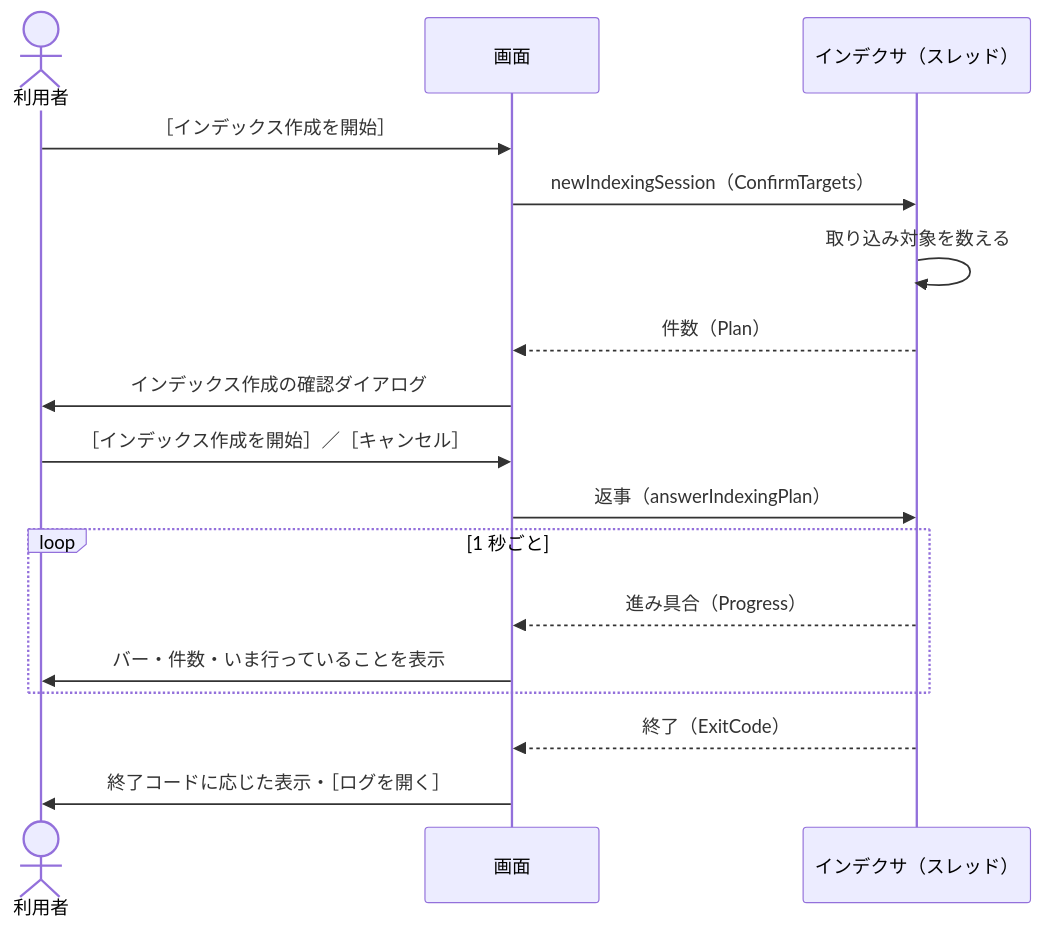
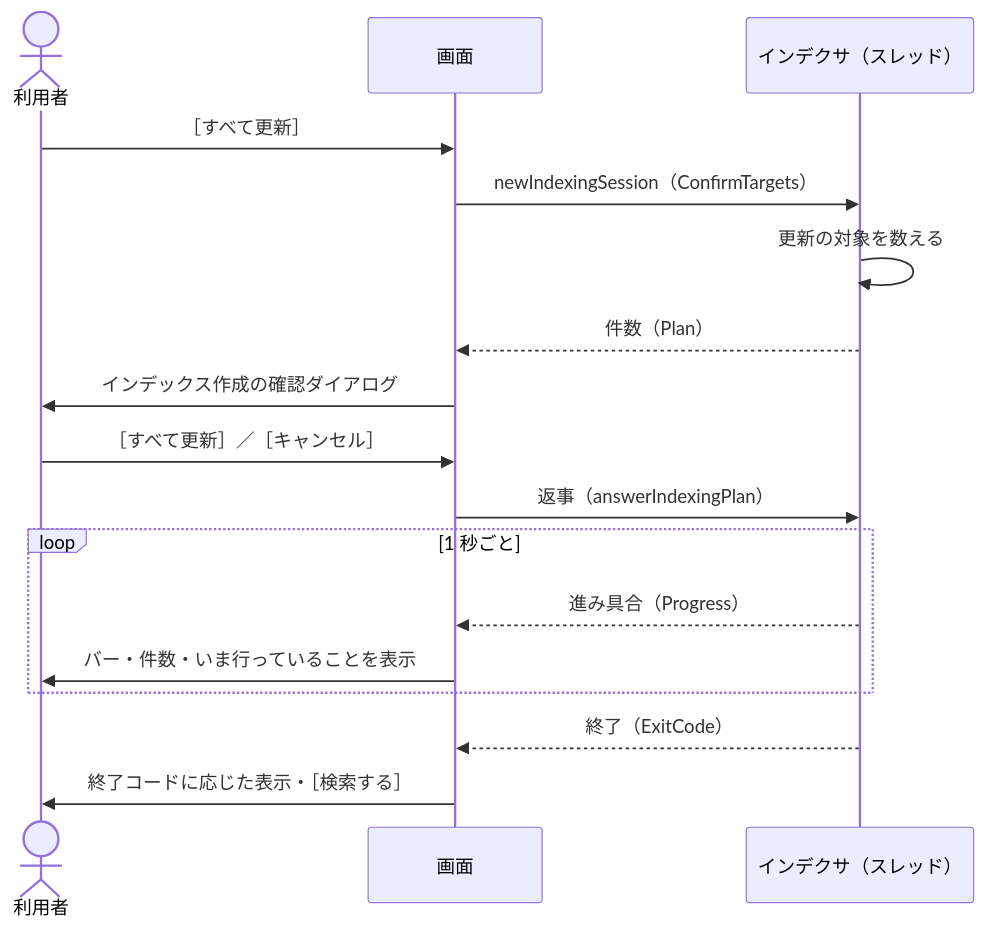
The first of 2 diagrams in docs/design/gui/indexing-run.md (hsgwa/tebunko), drawn with Mermaid before and after one commit. The commit also changed other lines of this file and 312 other files, not shown here.

````diff
--- a/docs/design/gui/indexing-run.md
+++ b/docs/design/gui/indexing-run.md
@@ -5,20 +5,20 @@
 ```mermaid
 sequenceDiagram
     actor U as 利用者
     participant G as 画面
     participant I as インデクサ（スレッド）
 
-    U->>G: ［インデックス作成を開始］
+    U->>G: ［すべて更新］
     G->>I: newIndexingSession（ConfirmTargets）
-    I->>I: 取り込み対象を数える
+    I->>I: 更新の対象を数える
     I-->>G: 件数（Plan）
     G->>U: インデックス作成の確認ダイアログ
-    U->>G: ［インデックス作成を開始］／［キャンセル］
+    U->>G: ［すべて更新］／［キャンセル］
     G->>I: 返事（answerIndexingPlan）
     loop 1 秒ごと
         I-->>G: 進み具合（Progress）
         G->>U: バー・件数・いま行っていることを表示
     end
     I-->>G: 終了（ExitCode）
-    G->>U: 終了コードに応じた表示・［ログを開く］
+    G->>U: 終了コードに応じた表示・［検索する］
 ```
````
